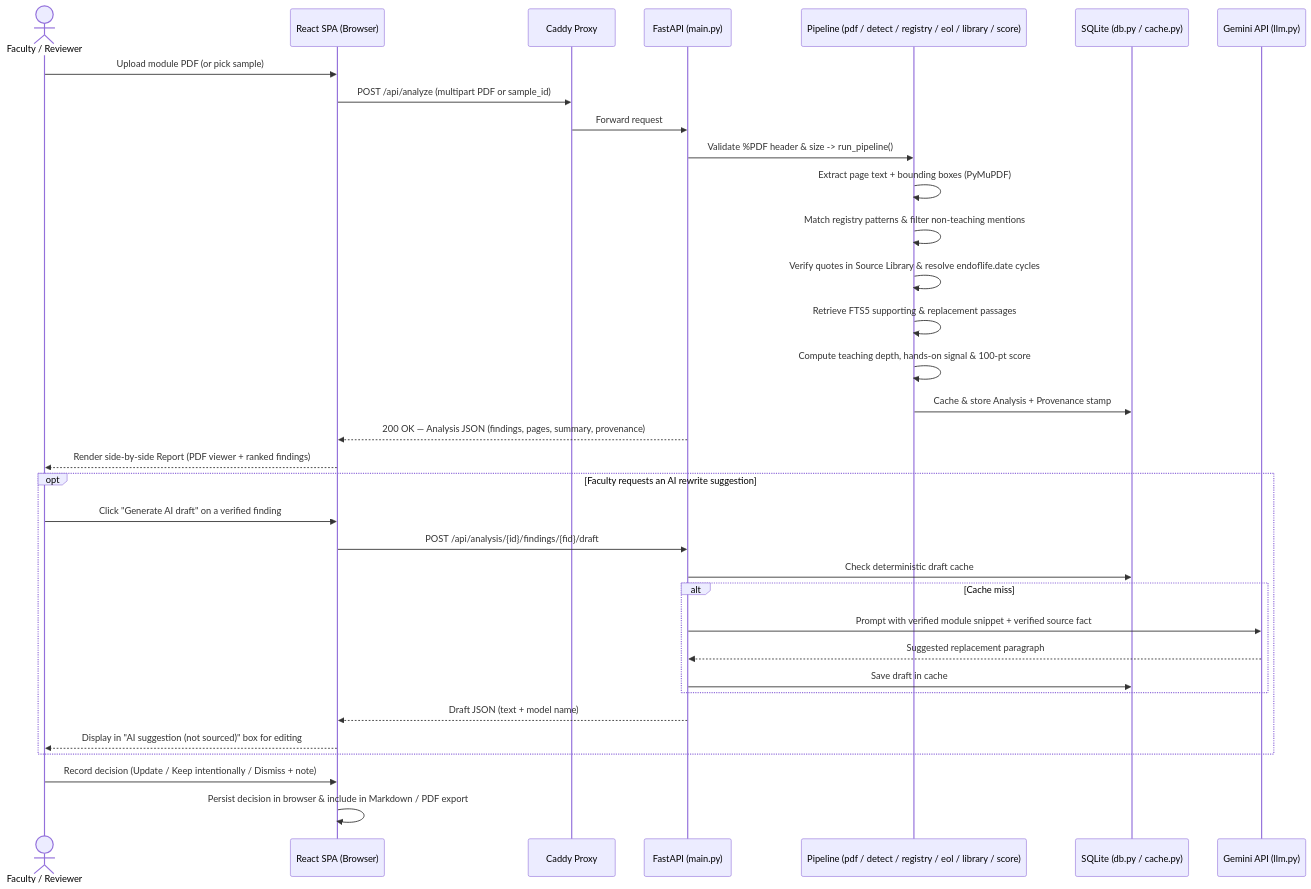
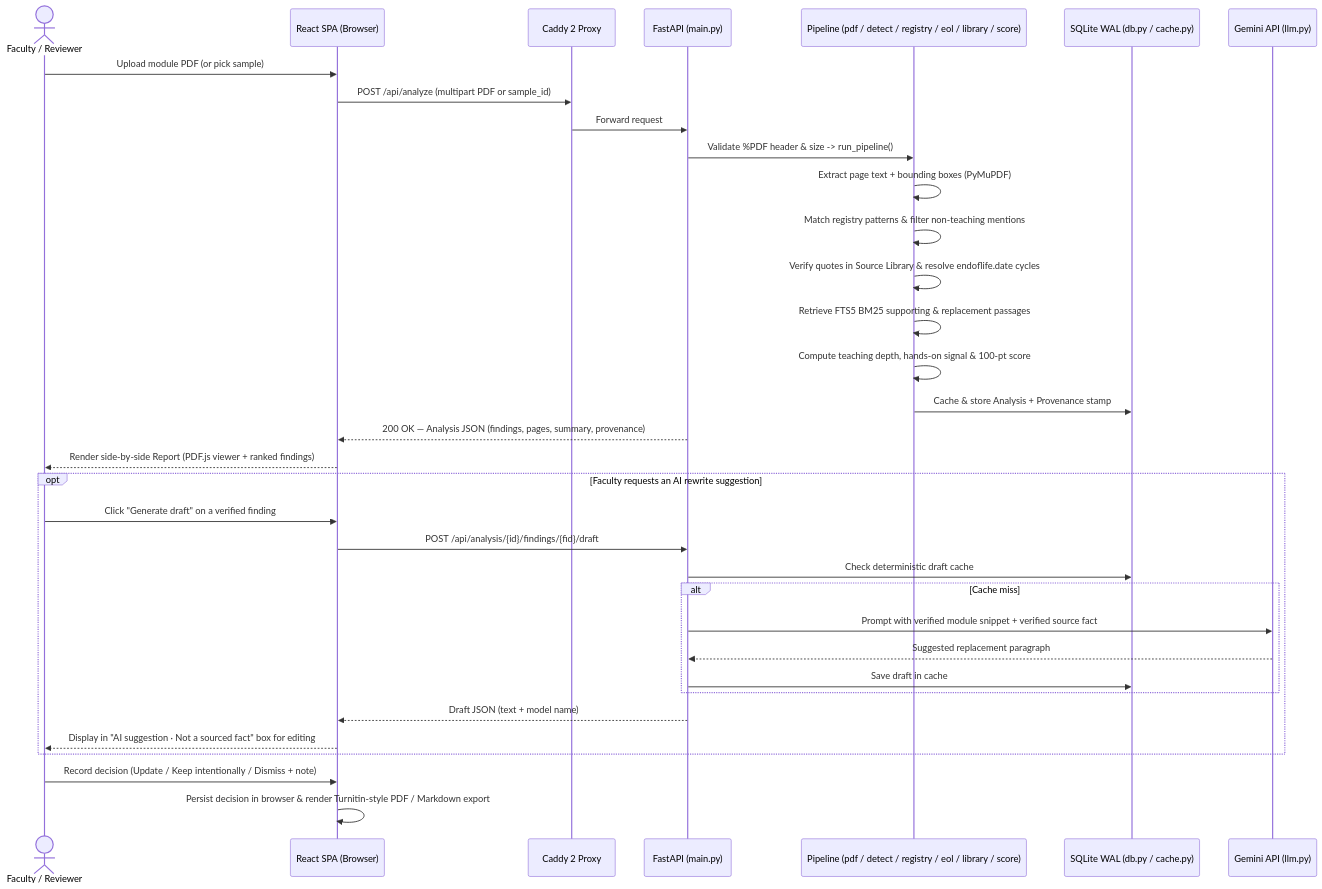
One commit to educ-jkescritor/GroundEd changed the third of 4 diagrams in docs/architecture.md. Above: the diagram before and after it, drawn with Mermaid. The commit also changed other lines of this file and 7 other files, not shown here.

First line of the commit message:
docs: refresh README, architecture, API examples and user flows

````diff
--- a/docs/architecture.md
+++ b/docs/architecture.md
@@ -81,39 +81,39 @@
 ```mermaid
 sequenceDiagram
     actor F as Faculty / Reviewer
     participant W as React SPA (Browser)
-    participant C as Caddy Proxy
+    participant C as Caddy 2 Proxy
     participant A as FastAPI (main.py)
     participant P as Pipeline (pdf / detect / registry / eol / library / score)
-    participant DB as SQLite (db.py / cache.py)
+    participant DB as SQLite WAL (db.py / cache.py)
     participant G as Gemini API (llm.py)
 
     F->>W: Upload module PDF (or pick sample)
     W->>C: POST /api/analyze (multipart PDF or sample_id)
     C->>A: Forward request
     A->>P: Validate %PDF header & size -> run_pipeline()
     P->>P: Extract page text + bounding boxes (PyMuPDF)
     P->>P: Match registry patterns & filter non-teaching mentions
     P->>P: Verify quotes in Source Library & resolve endoflife.date cycles
-    P->>P: Retrieve FTS5 supporting & replacement passages
+    P->>P: Retrieve FTS5 BM25 supporting & replacement passages
     P->>P: Compute teaching depth, hands-on signal & 100-pt score
     P->>DB: Cache & store Analysis + Provenance stamp
     A-->>W: 200 OK — Analysis JSON (findings, pages, summary, provenance)
-    W-->>F: Render side-by-side Report (PDF viewer + ranked findings)
+    W-->>F: Render side-by-side Report (PDF.js viewer + ranked findings)
 
     opt Faculty requests an AI rewrite suggestion
-        F->>W: Click "Generate AI draft" on a verified finding
+        F->>W: Click "Generate draft" on a verified finding
         W->>A: POST /api/analysis/{id}/findings/{fid}/draft
         A->>DB: Check deterministic draft cache
         alt Cache miss
             A->>G: Prompt with verified module snippet + verified source fact
             G-->>A: Suggested replacement paragraph
             A->>DB: Save draft in cache
         end
         A-->>W: Draft JSON (text + model name)
-        W-->>F: Display in "AI suggestion (not sourced)" box for editing
+        W-->>F: Display in "AI suggestion · Not a sourced fact" box for editing
     end
 
     F->>W: Record decision (Update / Keep intentionally / Dismiss + note)
-    W->>W: Persist decision in browser & include in Markdown / PDF export
+    W->>W: Persist decision in browser & render Turnitin-style PDF / Markdown export
 ```
````
